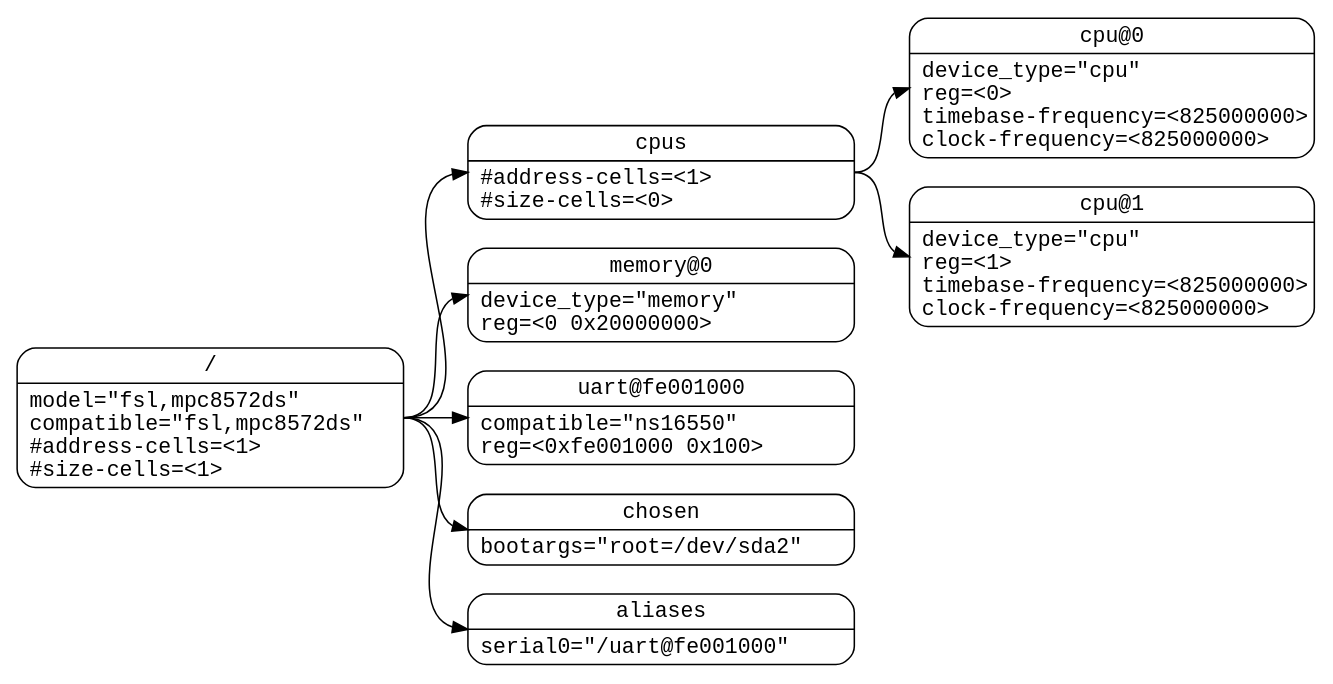
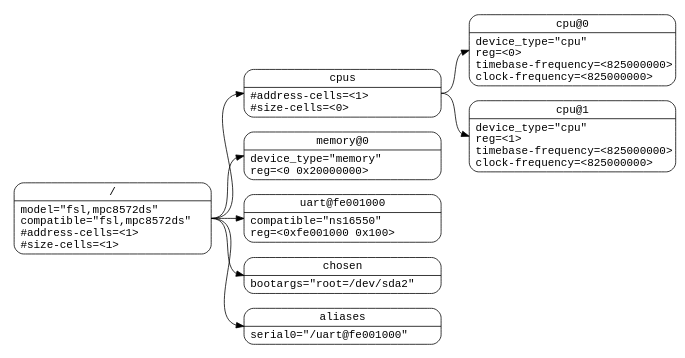
Before and after one commit to devicetree-org/devicetree-specification: the first of 3 diagrams in source/devicetree-basics.rst, drawn with Graphviz. The commit also changed other lines of this file and 1 other file, not shown here.

```diff
--- a/source/devicetree-basics.rst
+++ b/source/devicetree-basics.rst
@@ -45,50 +45,51 @@
 .. digraph:: tree
    :caption: Devicetree Example
 
    rankdir = LR;
    ranksep = equally;
+   size = "6,8"
    node [ shape="Mrecord"; width="3.5"; fontname = Courier; ];
 
    "/" [ label = "\N |
    model=\"fsl,mpc8572ds\"\l
    compatible=\"fsl,mpc8572ds\"\l
    #address-cells=\<1\>\l
    #size-cells=\<1\>\l"]
 
    "cpus" [ label="\N |
    #address-cells=\<1\>\l
    #size-cells=\<0\>\l"]
 
    "cpu@0" [ label="\N |
    device_type=\"cpu\"\l
    reg=\<0\>\l
    timebase-frequency=\<825000000\>\l
    clock-frequency=\<825000000\>\l"]
 
    "cpu@1" [ label="\N |
    device_type=\"cpu\"\l
    reg=\<1\>\l
    timebase-frequency=\<825000000\>\l
    clock-frequency=\<825000000\>\l"]
 
    "memory@0" [ label="\N |
    device_type=\"memory\"\l
    reg=\<0 0x20000000\>\l"]
 
    "uart@fe001000" [ label="\N |
    compatible=\"ns16550\"\l
    reg=\<0xfe001000 0x100\>\l"]
 
    "chosen" [ label="\N |
    bootargs=\"root=/dev/sda2\"\l"]
 
    "aliases" [ label="\N |
    serial0=\"/uart@fe001000\"\l"]
 
    "/":e    -> "cpus":w
    "cpus":e -> "cpu@0":w
    "cpus":e -> "cpu@1":w
    "/":e    -> "memory@0":w
    "/":e    -> "uart@fe001000":w
    "/":e    -> "chosen":w
    "/":e    -> "aliases":w
```
